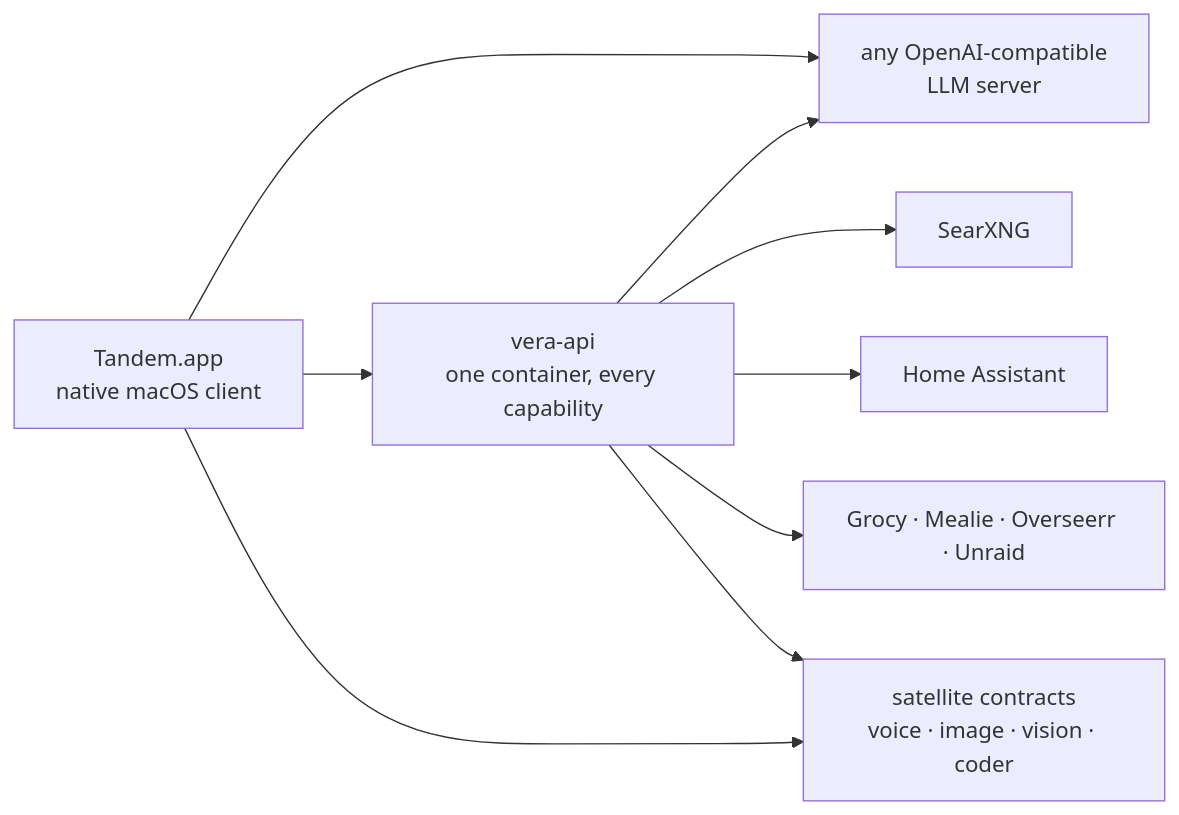
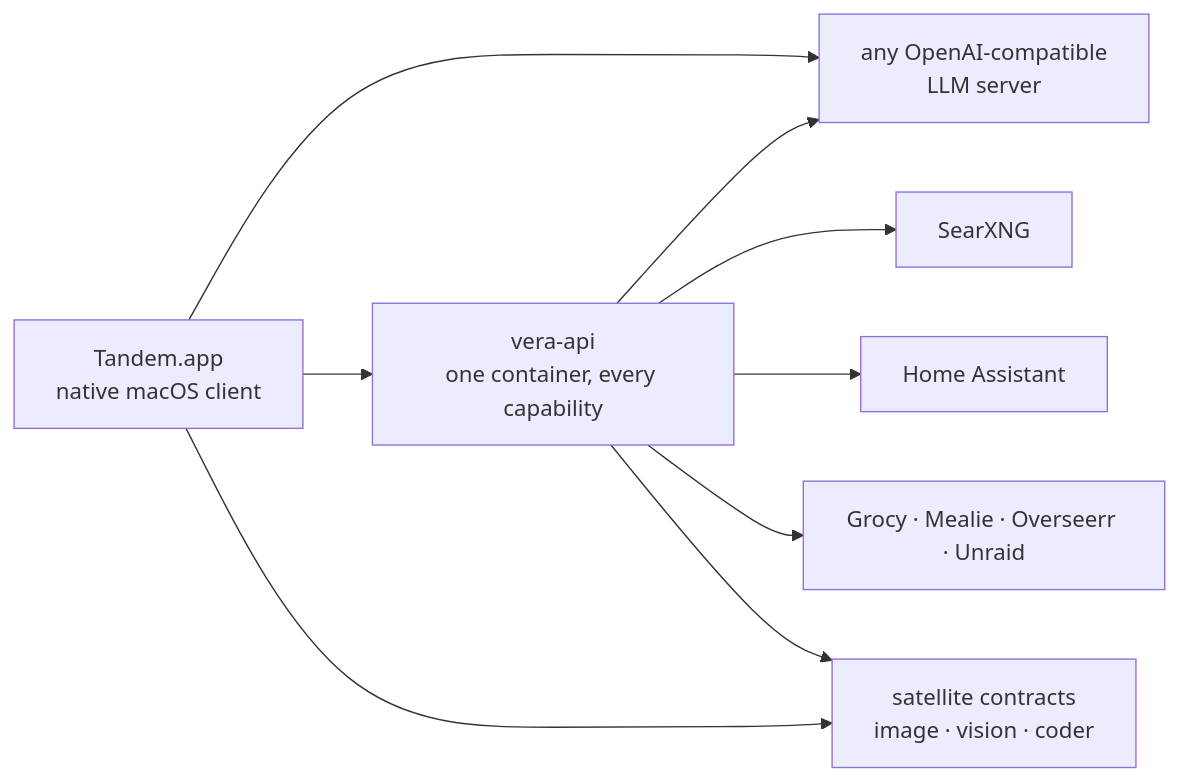
The diagram in README.md (DisplacedForest/tandem), drawn with Mermaid before and after one commit. The commit also changed other lines of this file and 25 other files, not shown here.

````diff
--- a/README.md
+++ b/README.md
@@ -35,19 +35,19 @@
 ```mermaid
 flowchart LR
     APP["Tandem.app<br/>native macOS client"]
     LLM["any OpenAI-compatible<br/>LLM server"]
     API["vera-api<br/>one container, every capability"]
     SEARX["SearXNG"]
     HA["Home Assistant"]
     INT["Grocy · Mealie · Overseerr · Unraid"]
-    SAT["satellite contracts<br/>voice · image · vision · coder"]
+    SAT["satellite contracts<br/>image · vision · coder"]
 
     APP --> LLM
     APP --> API
     API --> LLM
     API --> SEARX
     API --> HA
     API --> INT
     API --> SAT
     APP --> SAT
 ```
````
